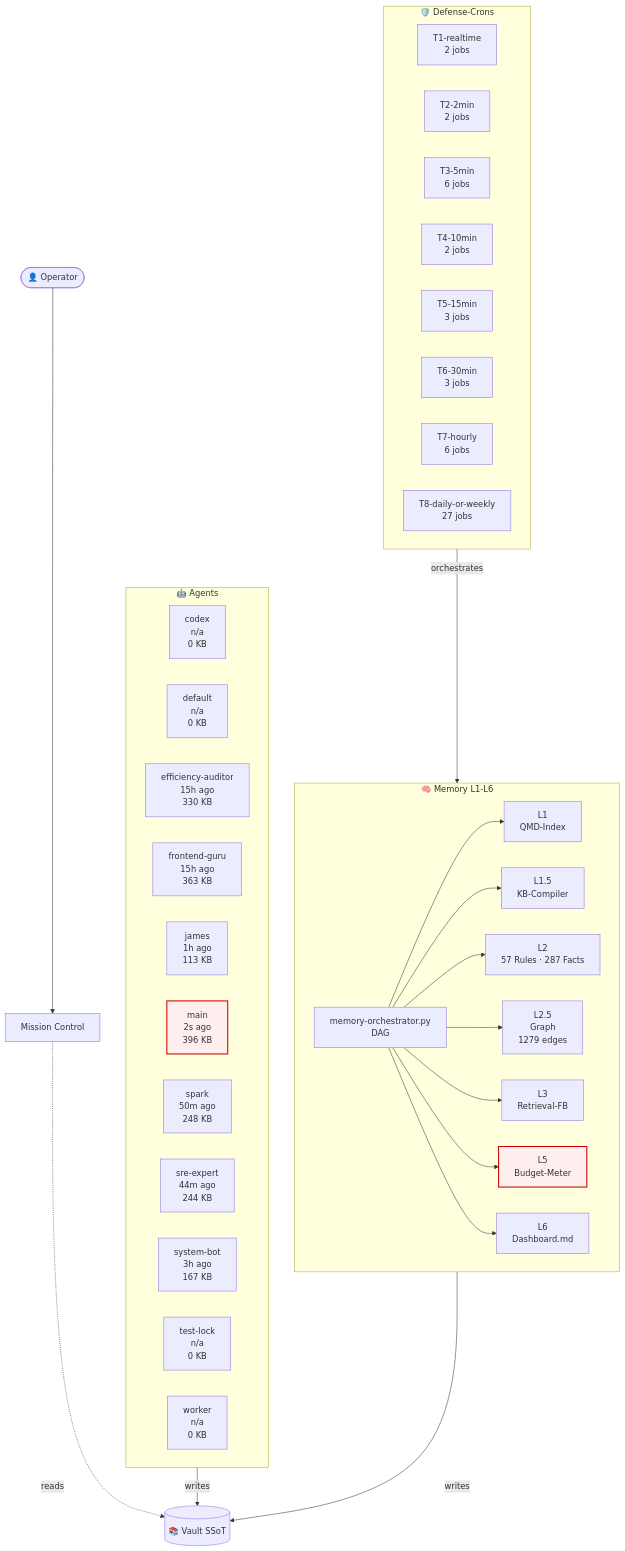
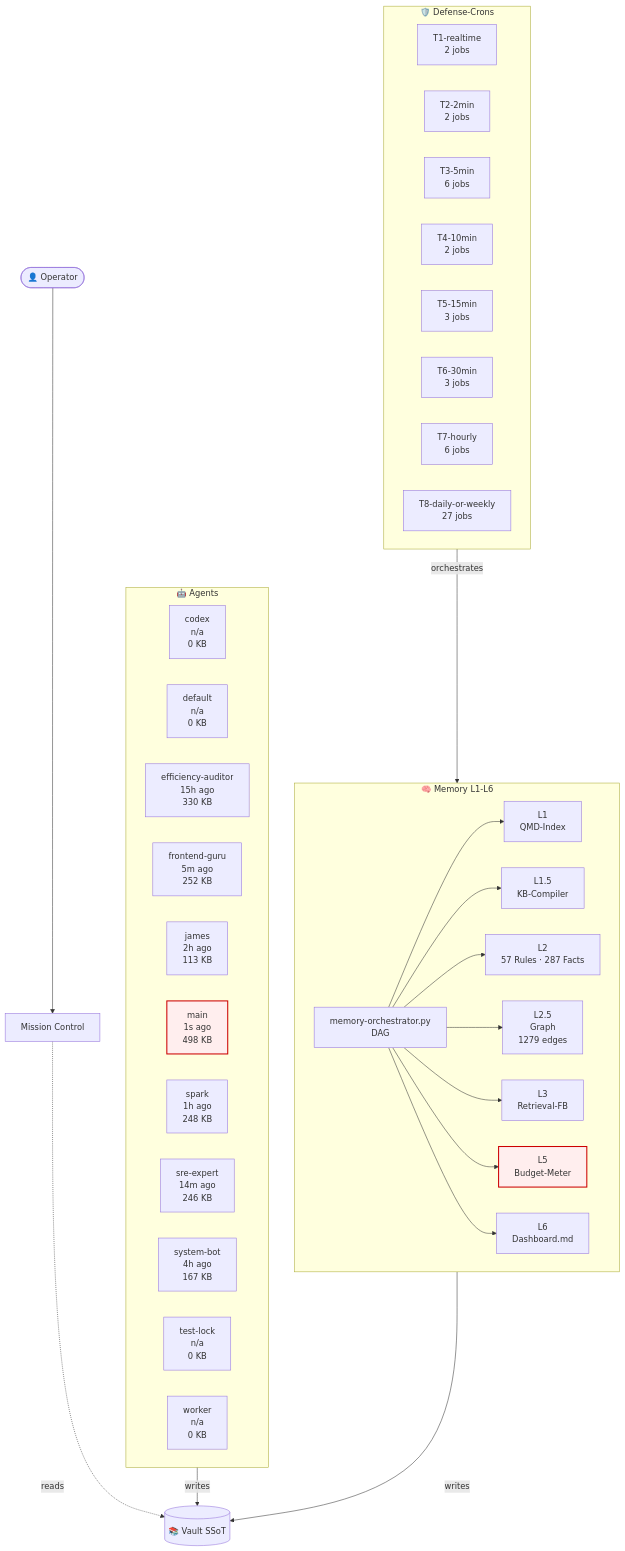
One commit to lenardhuebner88-rgb/openclaw-memory changed the diagram in 03-Agents/architecture-live.md. Above: the diagram before and after it, drawn with Mermaid. The commit also changed other lines of this file and 16 other files, not shown here.

````diff
--- a/03-Agents/architecture-live.md
+++ b/03-Agents/architecture-live.md
@@ -18,54 +18,54 @@
 ```mermaid
 flowchart TB
     classDef critical fill:#fee,stroke:#c00,stroke-width:2px;
     subgraph AGT["🤖 Agents"]
         agent_codex["codex<br/>n/a<br/>0 KB"]
         agent_default["default<br/>n/a<br/>0 KB"]
         agent_efficiency_auditor["efficiency-auditor<br/>15h ago<br/>330 KB"]
-        agent_frontend_guru["frontend-guru<br/>15h ago<br/>363 KB"]
-        agent_james["james<br/>1h ago<br/>113 KB"]
-        agent_main["main<br/>2s ago<br/>396 KB"]
-        agent_spark["spark<br/>50m ago<br/>248 KB"]
-        agent_sre_expert["sre-expert<br/>44m ago<br/>244 KB"]
-        agent_system_bot["system-bot<br/>3h ago<br/>167 KB"]
+        agent_frontend_guru["frontend-guru<br/>5m ago<br/>252 KB"]
+        agent_james["james<br/>2h ago<br/>113 KB"]
+        agent_main["main<br/>1s ago<br/>498 KB"]
+        agent_spark["spark<br/>1h ago<br/>248 KB"]
+        agent_sre_expert["sre-expert<br/>14m ago<br/>246 KB"]
+        agent_system_bot["system-bot<br/>4h ago<br/>167 KB"]
         agent_test_lock["test-lock<br/>n/a<br/>0 KB"]
         agent_worker["worker<br/>n/a<br/>0 KB"]
     end
     subgraph MEM["🧠 Memory L1-L6"]
         L1["L1<br/>QMD-Index"]
         L15["L1.5<br/>KB-Compiler"]
         L2["L2<br/>57 Rules · 287 Facts"]
         L25["L2.5<br/>Graph<br/>1279 edges"]
         L3["L3<br/>Retrieval-FB"]
         L5["L5<br/>Budget-Meter"]
         L6["L6<br/>Dashboard.md"]
         ORCH["memory-orchestrator.py<br/>DAG"]
     end
     subgraph CRN["🛡️ Defense-Crons"]
         tier_T1_realtime["T1-realtime<br/>2 jobs"]
         tier_T2_2min["T2-2min<br/>2 jobs"]
         tier_T3_5min["T3-5min<br/>6 jobs"]
         tier_T4_10min["T4-10min<br/>2 jobs"]
         tier_T5_15min["T5-15min<br/>3 jobs"]
         tier_T6_30min["T6-30min<br/>3 jobs"]
         tier_T7_hourly["T7-hourly<br/>6 jobs"]
         tier_T8_daily_or_weekly["T8-daily-or-weekly<br/>27 jobs"]
     end
     VAULT[("📚 Vault SSoT")]
     OP([👤 Operator])
     MC["Mission Control"]
     OP --> MC
     MC -.reads.-> VAULT
     AGT -->|writes| VAULT
     MEM -->|writes| VAULT
     ORCH --> L1
     ORCH --> L15
     ORCH --> L2
     ORCH --> L25
     ORCH --> L3
     ORCH --> L5
     ORCH --> L6
     CRN -->|orchestrates| MEM
     class L5 critical
     class agent_main critical
 ```
````
